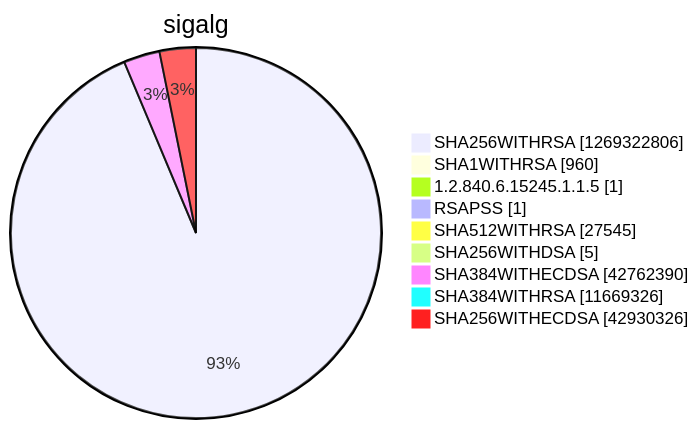
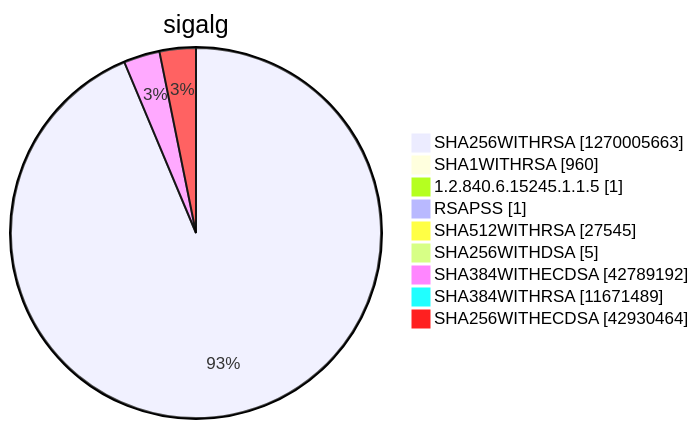
Diagram 15 of 15 in argon2022/README.md (christiankrug/ctmonitor_visualization), drawn with Mermaid before and after one commit. The commit also changed other lines of this file, not shown here.

````diff
--- a/argon2022/README.md
+++ b/argon2022/README.md
@@ -5522,13 +5522,13 @@
 ```mermaid
 pie showData
 title sigalg
-"SHA256WITHRSA" :1269322806
+"SHA256WITHRSA" :1270005663
 "SHA1WITHRSA" :960
 "1.2.840.6.15245.1.1.5" :1
 "RSAPSS" :1
 "SHA512WITHRSA" :27545
 "SHA256WITHDSA" :5
-"SHA384WITHECDSA" :42762390
-"SHA384WITHRSA" :11669326
-"SHA256WITHECDSA" :42930326
+"SHA384WITHECDSA" :42789192
+"SHA384WITHRSA" :11671489
+"SHA256WITHECDSA" :42930464
 ```
````
